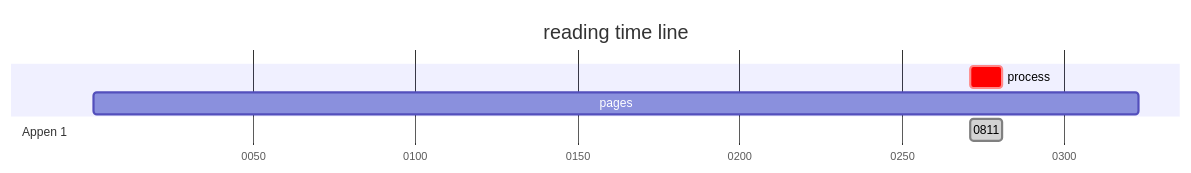
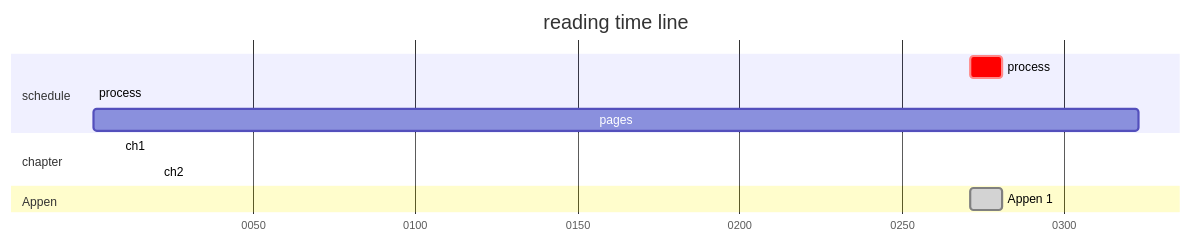
The first of 3 diagrams in README.md (ywjpanda/Mastering-Bitcoin), drawn with Mermaid before and after one commit. The commit also changed other lines of this file, not shown here.

````diff
--- a/README.md
+++ b/README.md
@@ -10,10 +11,15 @@
 ```mermaid
 gantt
 	dateFormat YYYY
 	axisFormat %Y
 	title reading time line
+	section schedule
 	process: crit,0271,0281
+	process: crit,0001,0027
 	pages: 0001,0323
-	section Appen 1
-	0811: done,0271,0281
+	section chapter
+	ch1: done,0009,0020
+	ch2: 0021,0027
+	section Appen
+	Appen 1: done,0271,0281
 ```
````
